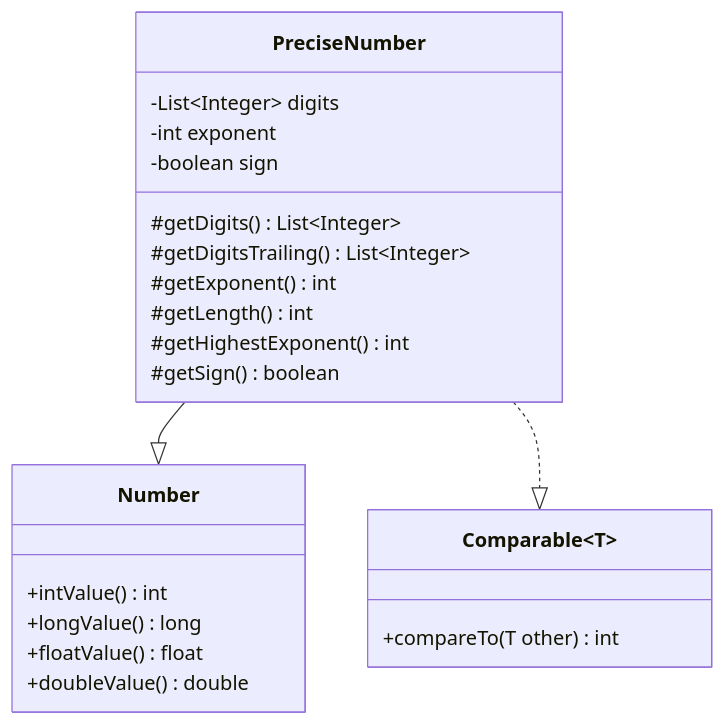
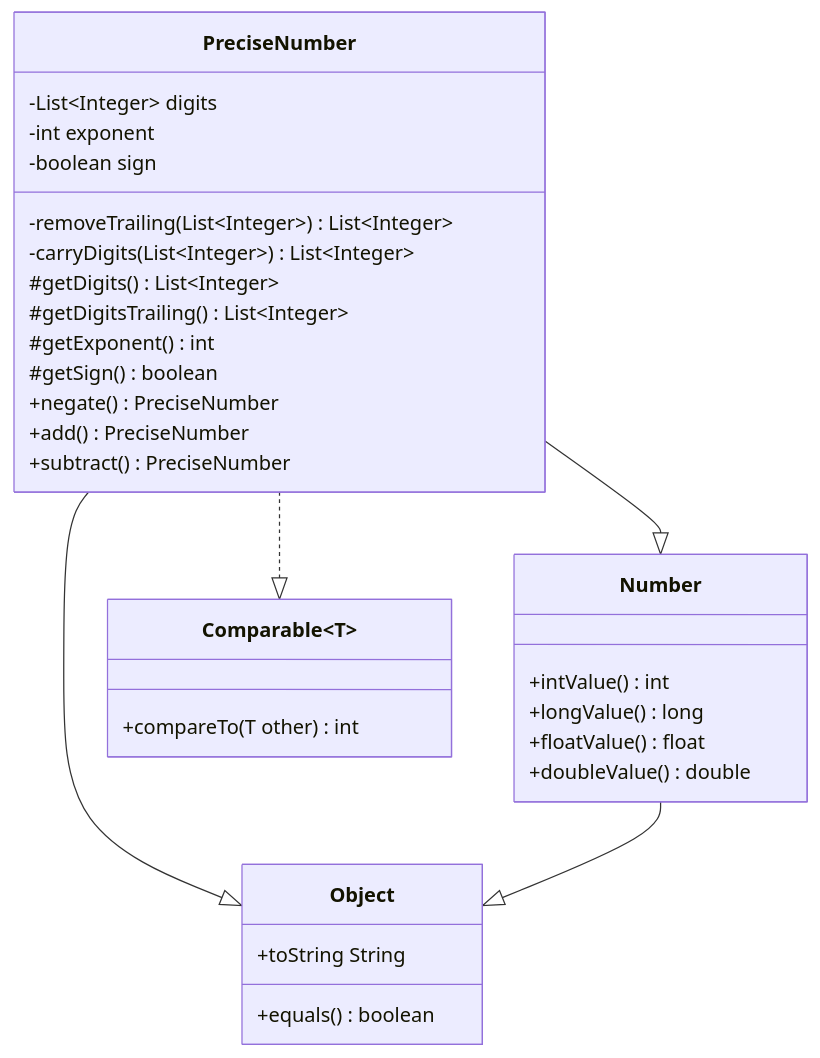
The diagram in README.md (Nater0214/Precise-Number), drawn with Mermaid before and after one commit.

Commit message:
Update class diagram

````diff
--- a/README.md
+++ b/README.md
@@ -8,29 +8,39 @@
 ```mermaid
 classDiagram
+class Object {
+    +equals() boolean
+    +toString String
+}
+
 class Number {
     +intValue() int
     +longValue() long
     +floatValue() float
     +doubleValue() double
 }
 
 class Comparable~T~ {
     +compareTo(T other) int
 }
 
 class PreciseNumber {
     -List~Integer~ digits
     -int exponent
     -boolean sign
 
+    -removeTrailing(List~Integer~) List~Integer~
+    -carryDigits(List~Integer~) List~Integer~
     #getDigits() List~Integer~
     #getDigitsTrailing() List~Integer~
     #getExponent() int
-    #getLength() int
-    #getHighestExponent() int
     #getSign() boolean
+    +negate() PreciseNumber
+    +add() PreciseNumber
+    +subtract() PreciseNumber
 }
 
+PreciseNumber --|> Object
 PreciseNumber --|> Number
 PreciseNumber ..|> Comparable
+Number --|> Object
 ```
````
